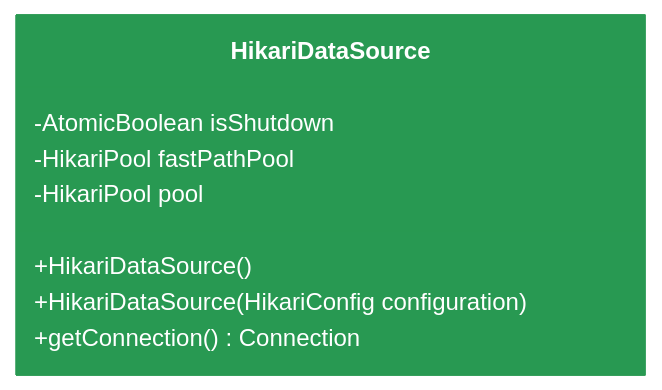
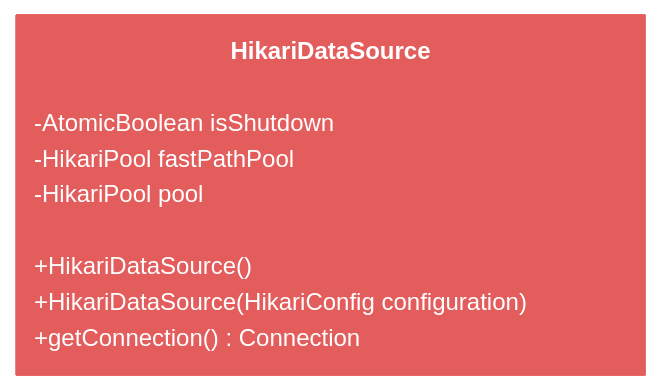
The second of 2 diagrams in Notes/hikariCp.md (sesame-small/watermelons), drawn with Mermaid before and after one commit.

````diff
--- a/Notes/hikariCp.md
+++ b/Notes/hikariCp.md
@@ -42,23 +42,23 @@
 ```mermaid
 %%{
   init: {
     'theme': 'base',
     'themeVariables': {
-      'primaryColor': '#289952',
+      'primaryColor': '#e35d5d',
       'primaryTextColor': '#fff',
-      'primaryBorderColor': '#289952',
+      'primaryBorderColor': '#e35d5d',
       'lineColor': '#fff',
-      'secondaryColor': '#289952',
+      'secondaryColor': '#e35d5d',
       'tertiaryColor': '#fff'
     }
   }
 }%%
 classDiagram
   class HikariDataSource
   HikariDataSource : -AtomicBoolean isShutdown
   HikariDataSource : -HikariPool fastPathPool
   HikariDataSource : -HikariPool pool
   HikariDataSource : +HikariDataSource()
   HikariDataSource : +HikariDataSource(HikariConfig configuration)
   HikariDataSource : +getConnection() Connection
 ```
````
